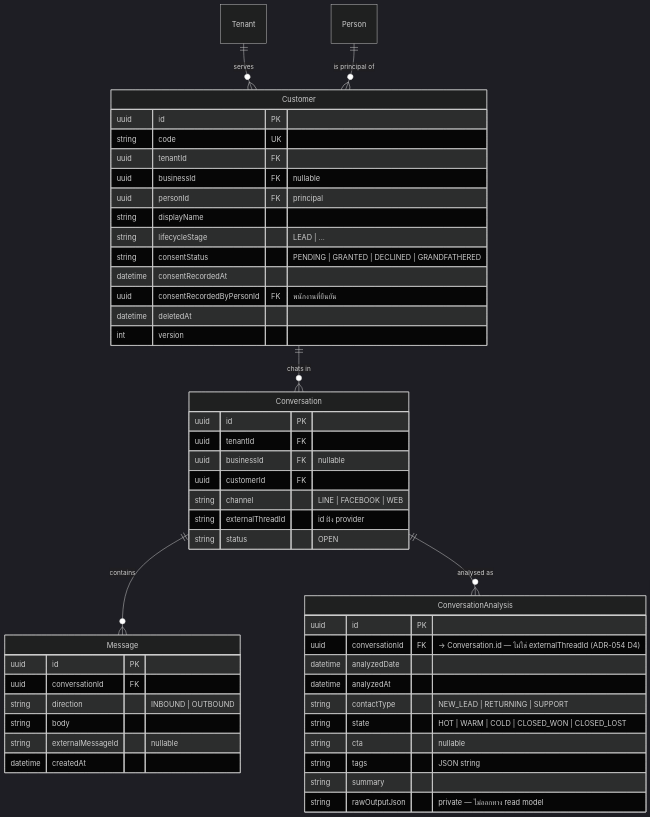
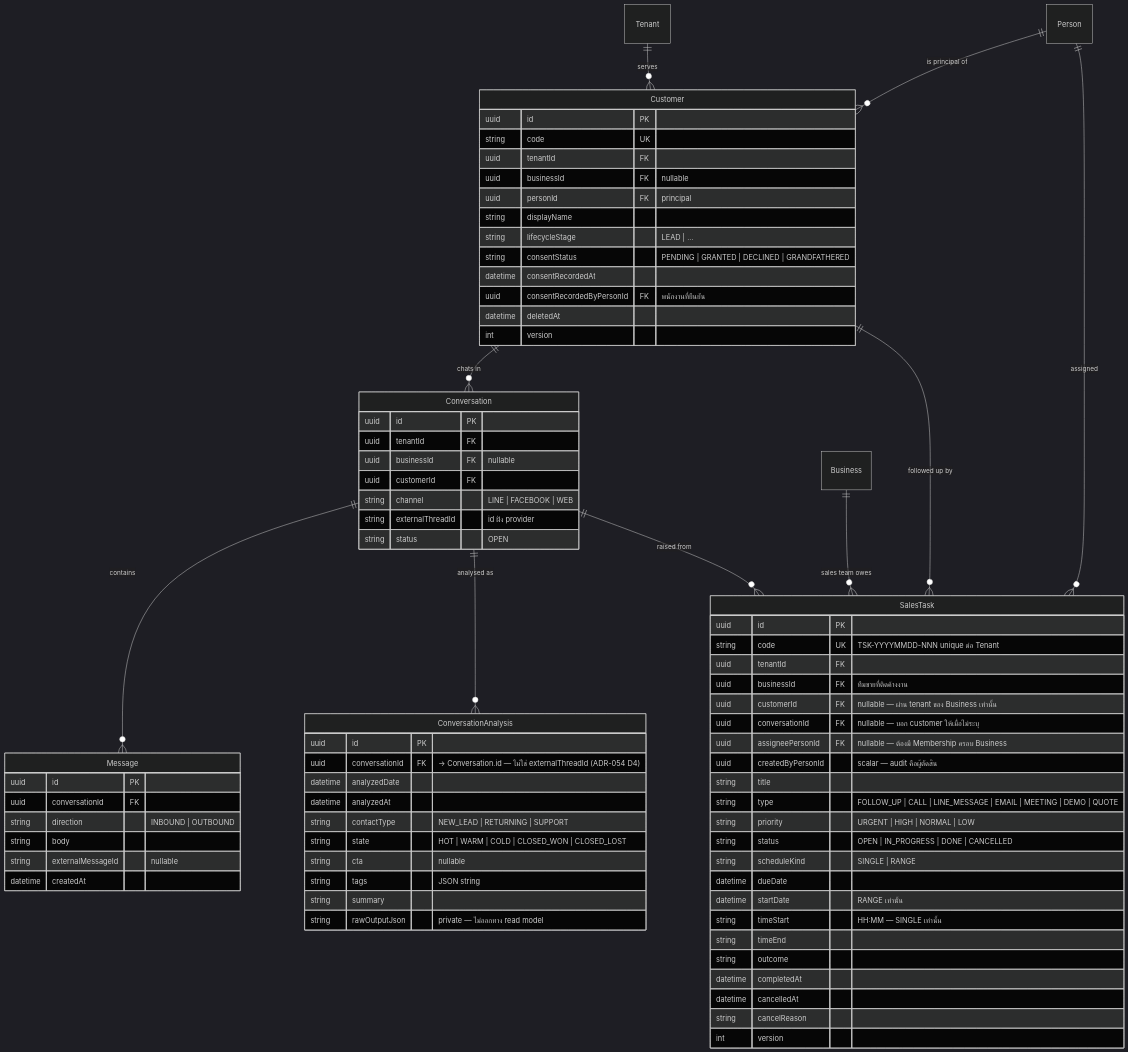
One commit to Freshair129/zuri.ai changed the tenth of 23 diagrams in docs/architecture/database-erd/full-schema.md. Above: the diagram before and after it, drawn with Mermaid (dark theme). The commit also changed other lines of this file and 38 other files, not shown here.

```diff
--- a/docs/architecture/database-erd/full-schema.md
+++ b/docs/architecture/database-erd/full-schema.md
@@ -748,6 +752,35 @@
     Customer ||--o{ Conversation : "chats in"
     Conversation ||--o{ Message : "contains"
     Conversation ||--o{ ConversationAnalysis : "analysed as"
+    Business ||--o{ SalesTask : "sales team owes"
+    Customer ||--o{ SalesTask : "followed up by"
+    Conversation ||--o{ SalesTask : "raised from"
+    Person ||--o{ SalesTask : "assigned"
+
+    SalesTask {
+        uuid     id                  PK
+        string   code                UK  "TSK-YYYYMMDD-NNN unique ต่อ Tenant"
+        uuid     tenantId            FK
+        uuid     businessId          FK  "ทีมขายที่ติดค้างงาน"
+        uuid     customerId          FK  "nullable — ผ่าน tenant ของ Business เท่านั้น"
+        uuid     conversationId      FK  "nullable — บอก customer ให้เมื่อไม่ระบุ"
+        uuid     assigneePersonId    FK  "nullable — ต้องมี Membership ครอบ Business"
+        uuid     createdByPersonId       "scalar — audit คือผู้ตัดสิน"
+        string   title
+        string   type                    "FOLLOW_UP | CALL | LINE_MESSAGE | EMAIL | MEETING | DEMO | QUOTE"
+        string   priority                "URGENT | HIGH | NORMAL | LOW"
+        string   status                  "OPEN | IN_PROGRESS | DONE | CANCELLED"
+        string   scheduleKind            "SINGLE | RANGE"
+        datetime dueDate
+        datetime startDate              "RANGE เท่านั้น"
+        string   timeStart               "HH:MM — SINGLE เท่านั้น"
+        string   timeEnd
+        string   outcome
+        datetime completedAt
+        datetime cancelledAt
+        string   cancelReason
+        int      version
+    }
 
     ConversationAnalysis {
         uuid     id             PK
```
